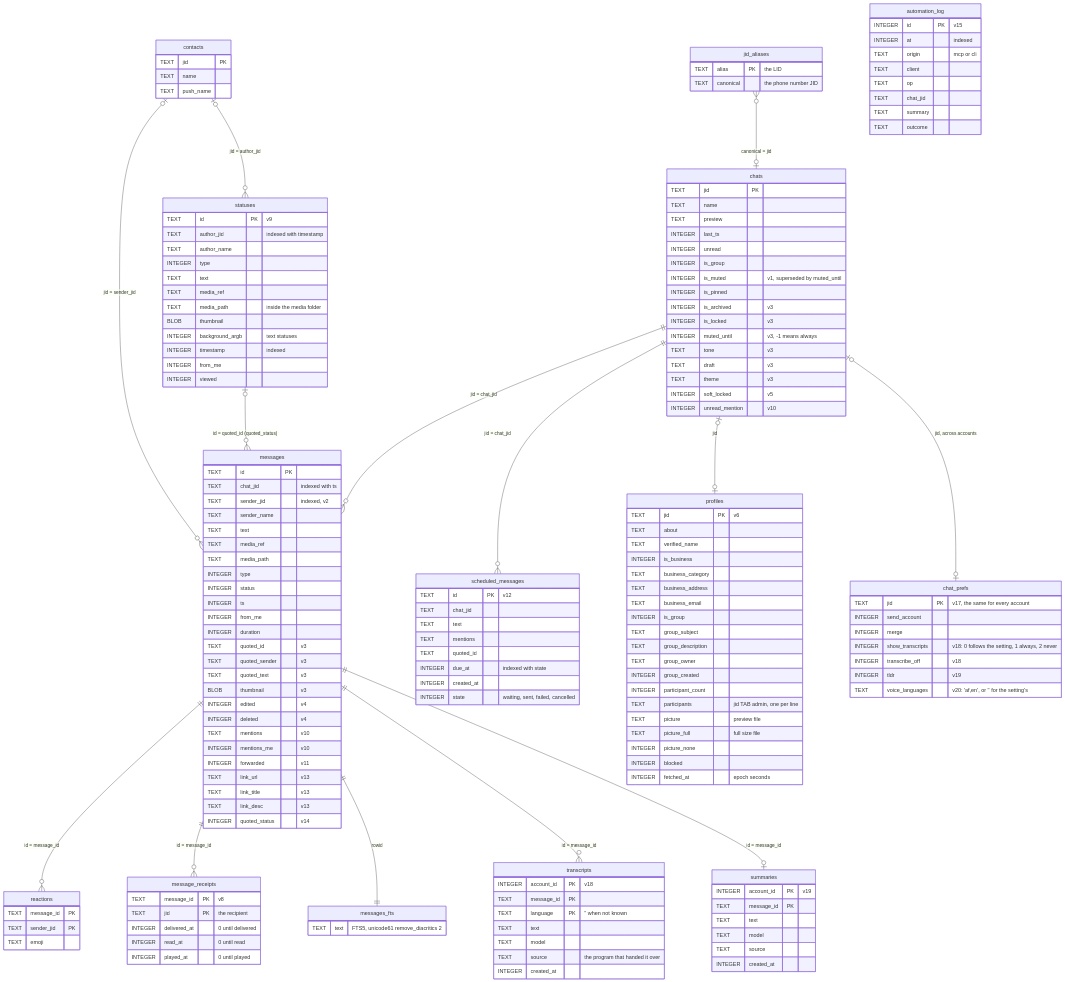
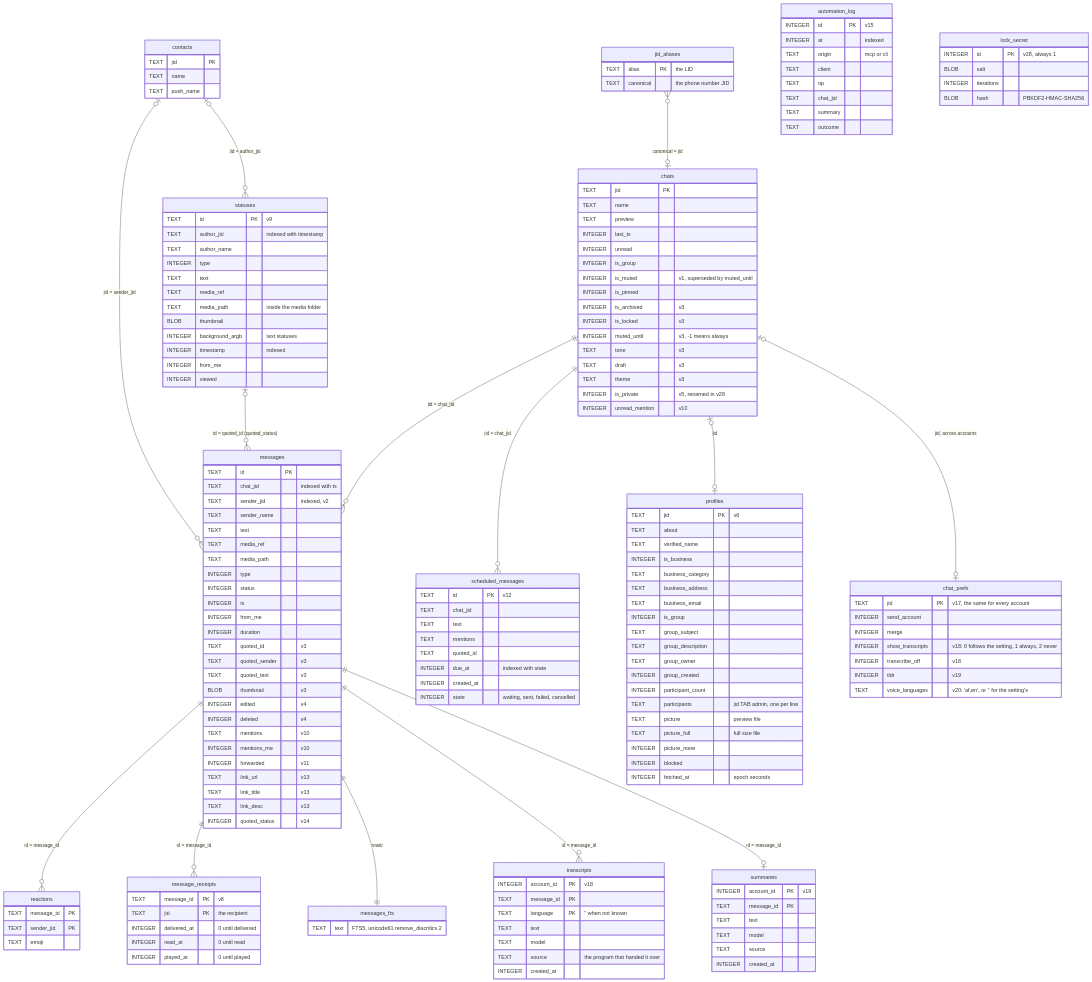
One commit to loganventer/Corvus.App.Terminal.Tawk changed the sixth of 6 diagrams in ARCHITECTURE.md. Above: the diagram before and after it, drawn with Mermaid. The commit also changed other lines of this file and 16 other files, not shown here.

```diff
--- a/ARCHITECTURE.md
+++ b/ARCHITECTURE.md
@@ -569,7 +584,7 @@
         TEXT tone "v3"
         TEXT draft "v3"
         TEXT theme "v3"
-        INTEGER soft_locked "v5"
+        INTEGER is_private "v5, renamed in v28"
         INTEGER unread_mention "v10"
     }
     messages {
@@ -676,6 +691,12 @@
         INTEGER tldr "v19"
         TEXT voice_languages "v20: 'af,en', or '' for the setting's"
     }
+    lock_secret {
+        INTEGER id PK "v28, always 1"
+        BLOB salt
+        INTEGER iterations
+        BLOB hash "PBKDF2-HMAC-SHA256"
+    }
     jid_aliases {
         TEXT alias PK "the LID"
         TEXT canonical "the phone number JID"
```
